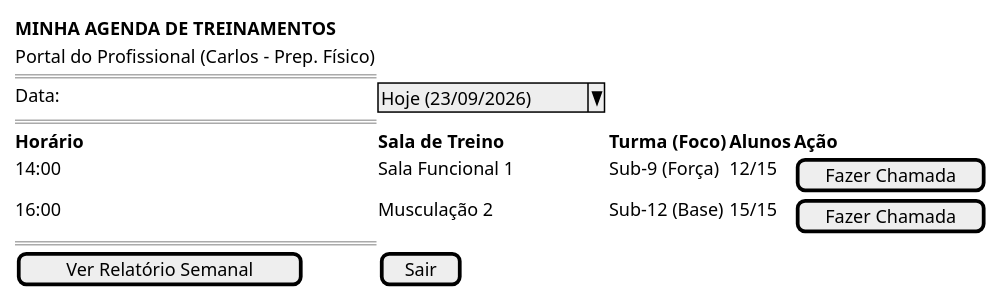
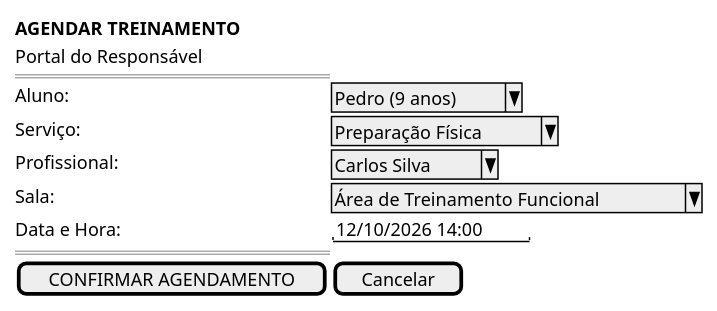
Before and after one commit to Projetos-de-Extensao/PBE_26.2_8002_II: the fifth of 7 diagrams in docs/Iniciacao/prototipo_baixa_fidelidade.md, drawn with PlantUML. The commit also changed other lines of this file and 8 other files, not shown here.

````diff
--- a/docs/Iniciacao/prototipo_baixa_fidelidade.md
+++ b/docs/Iniciacao/prototipo_baixa_fidelidade.md
@@ -157,16 +127,16 @@
 ```plantuml
 @startsalt
 {
-  <b>MINHA AGENDA DE TREINAMENTOS
-  Portal do Profissional (Carlos - Prep. Físico)
+  <b>AGENDAR TREINAMENTO
+  Portal do Responsável
   ==
-  Data: | ^Hoje (23/09/2026)^
+  Aluno:        | ^Pedro (9 anos)^
+  Serviço:      | ^Preparação Física^
+  Profissional: | ^Carlos Silva^
+  Sala:         | ^Área de Treinamento Funcional^
+  Data e Hora:  | "12/10/2026 14:00"
   ==
-  <b>Horário | <b>Sala de Treino | <b>Turma (Foco) | <b>Alunos | <b>Ação
-  14:00   | Sala Funcional 1 | Sub-9 (Força) | 12/15  | [ Fazer Chamada ]
-  16:00   | Musculação 2     | Sub-12 (Base) | 15/15  | [ Fazer Chamada ]
-  ==
-  [ Ver Relatório Semanal ] | [ Sair ]
+  [  CONFIRMAR AGENDAMENTO  ] | [ Cancelar ]
 }
 @endsalt
 ```
````
